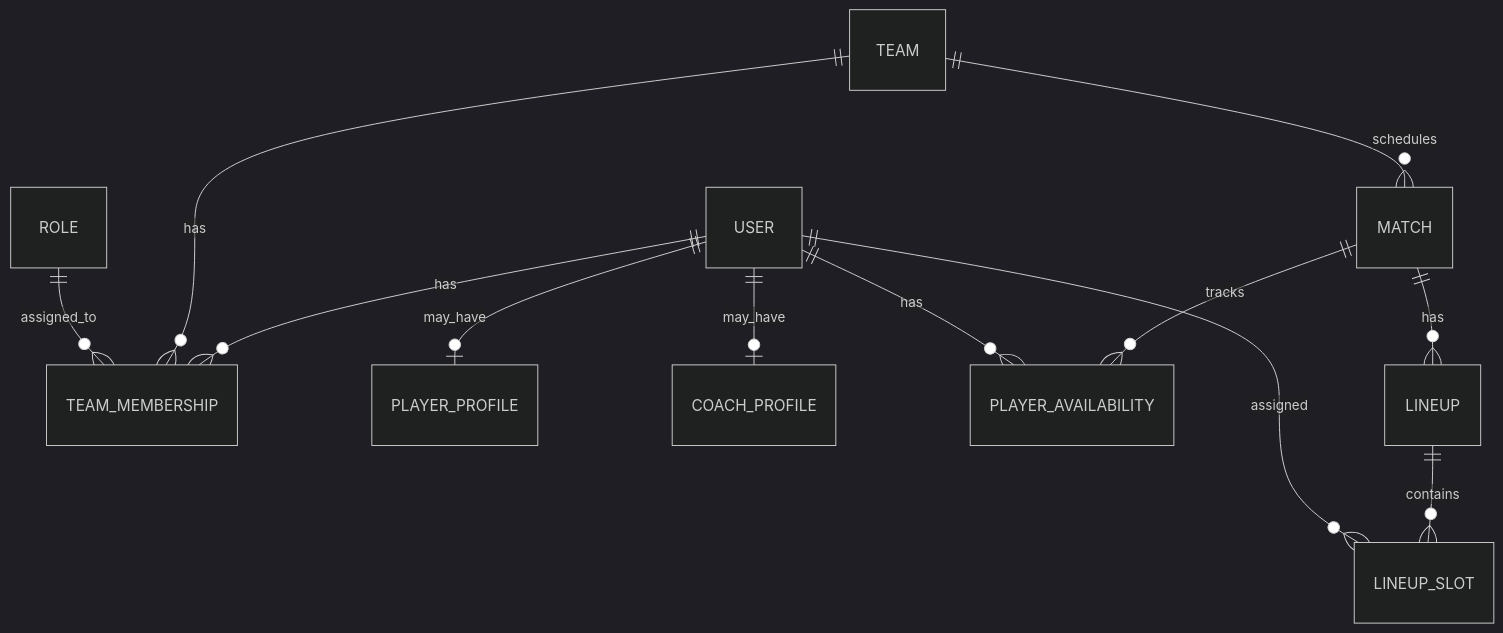
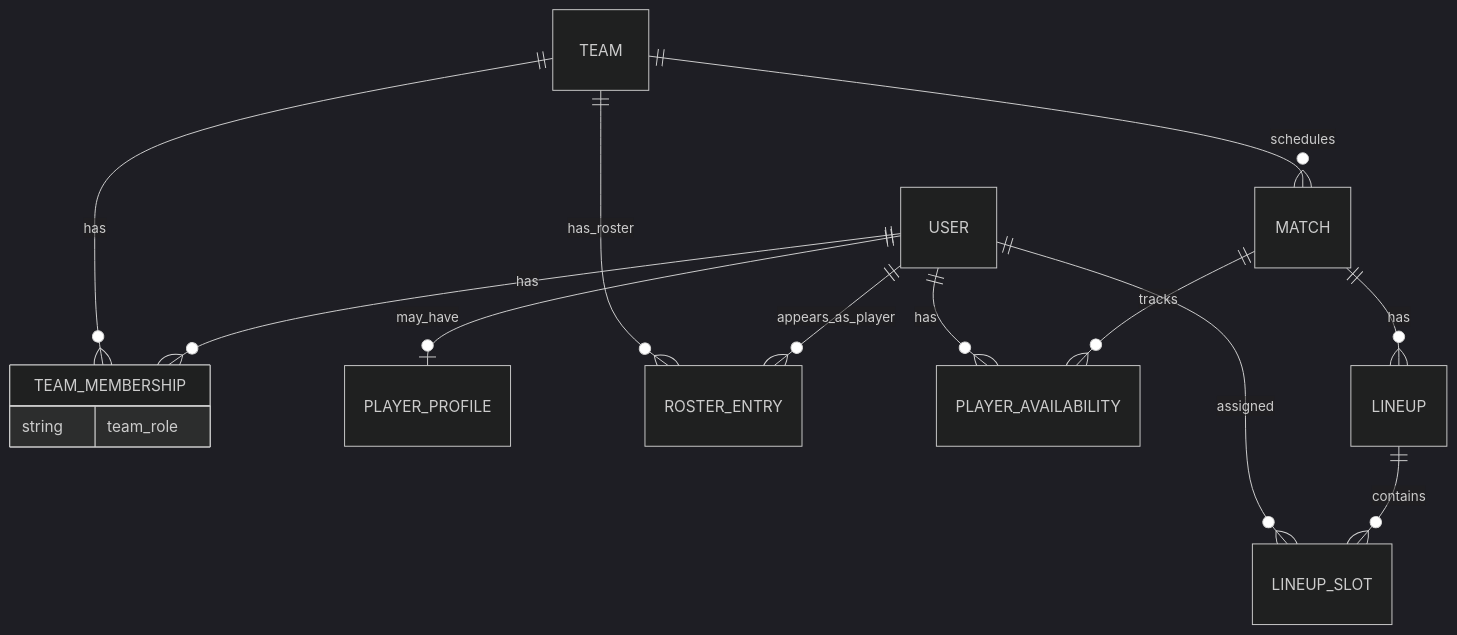
The diagram in docs/architecture/domain-model.md (bbubb/squadsync), drawn with Mermaid (dark theme) before and after one commit. The commit also changed other lines of this file and 7 other files, not shown here.

Commit message:
docs: clarify Phase 2 domain and persistence architecture

````diff
--- a/docs/architecture/domain-model.md
+++ b/docs/architecture/domain-model.md
@@ -162,14 +80,17 @@
 ```mermaid
 erDiagram
     USER ||--o{ TEAM_MEMBERSHIP : has
     TEAM ||--o{ TEAM_MEMBERSHIP : has
-    ROLE ||--o{ TEAM_MEMBERSHIP : assigned_to
+    TEAM_MEMBERSHIP {
+        string team_role
+    }
     USER ||--o| PLAYER_PROFILE : may_have
-    USER ||--o| COACH_PROFILE : may_have
+    USER ||--o{ ROSTER_ENTRY : appears_as_player
+    TEAM ||--o{ ROSTER_ENTRY : has_roster
     TEAM ||--o{ MATCH : schedules
     MATCH ||--o{ PLAYER_AVAILABILITY : tracks
     USER ||--o{ PLAYER_AVAILABILITY : has
     MATCH ||--o{ LINEUP : has
     LINEUP ||--o{ LINEUP_SLOT : contains
     USER ||--o{ LINEUP_SLOT : assigned
 ```
````
